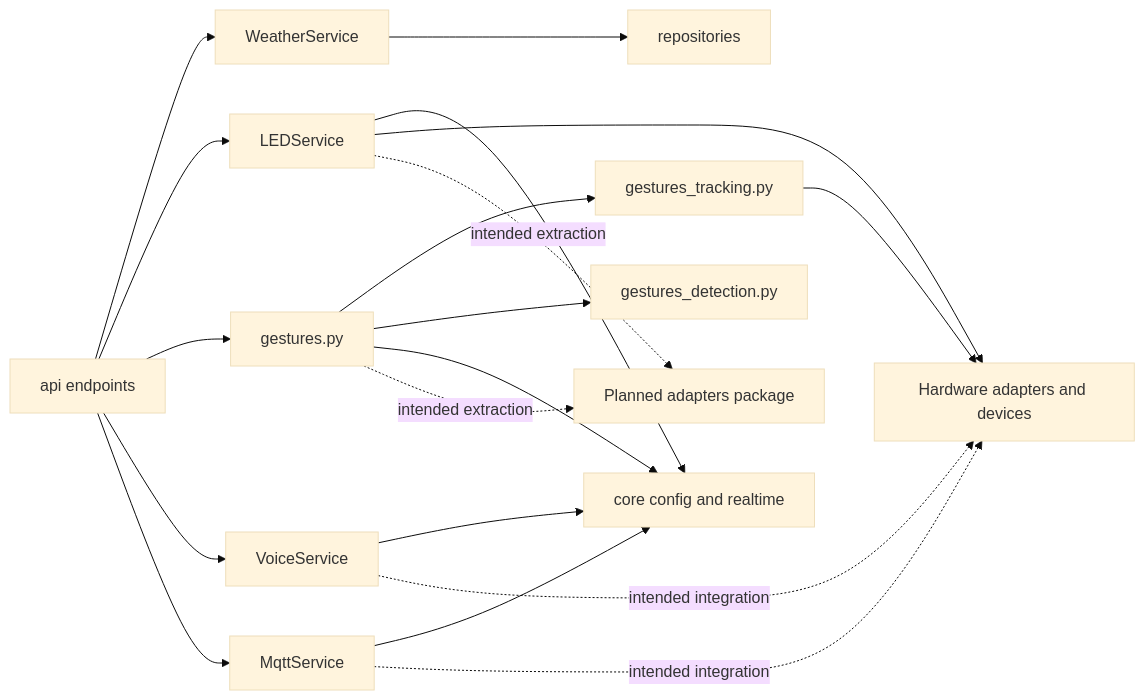
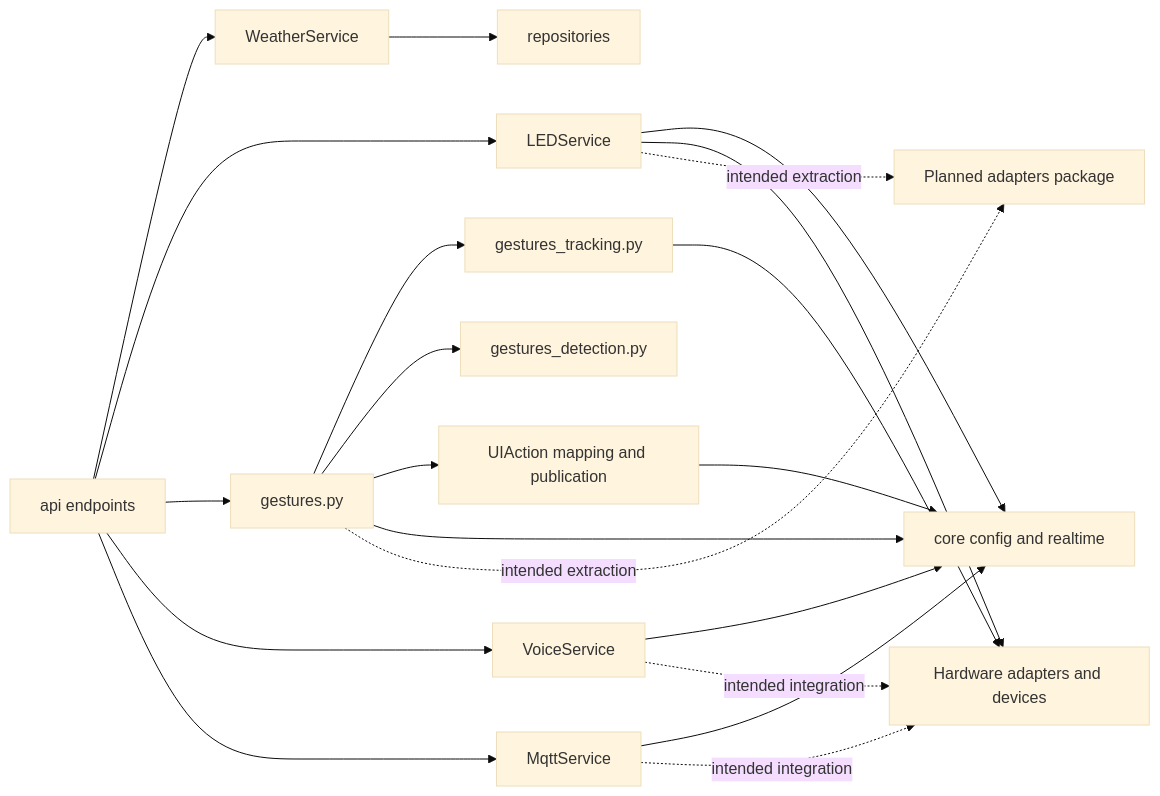
Before and after one commit to SebastianRieger/Software-Engineering: the diagram in Backend/src/services/serviceArch.md, drawn with Mermaid (base theme). The commit also changed other lines of this file and 30 other files, not shown here.

````diff
--- a/Backend/src/services/serviceArch.md
+++ b/Backend/src/services/serviceArch.md
@@ -43,34 +44,37 @@
 ```mermaid
 flowchart LR
     API[api endpoints]
     WeatherService[WeatherService]
     LedService[LEDService]
     GestureFacade[gestures.py]
     GestureTracking[gestures_tracking.py]
     GestureDetection[gestures_detection.py]
+    UIActions[UIAction mapping and publication]
     VoiceService[VoiceService]
     MqttService[MqttService]
     Repositories[repositories]
     Core[core config and realtime]
     Hardware[Hardware adapters and devices]
     PlannedAdapters[Planned adapters package]
 
     API --> WeatherService
     API --> LedService
     API --> GestureFacade
     API --> VoiceService
     API --> MqttService
     GestureFacade --> GestureTracking
     GestureFacade --> GestureDetection
+    GestureFacade --> UIActions
     WeatherService --> Repositories
     LedService --> Core
     GestureFacade --> Core
+    UIActions --> Core
     VoiceService --> Core
     MqttService --> Core
     LedService --> Hardware
     GestureTracking --> Hardware
     VoiceService -. intended integration .-> Hardware
     MqttService -. intended integration .-> Hardware
     LedService -. intended extraction .-> PlannedAdapters
     GestureFacade -. intended extraction .-> PlannedAdapters
 ```
````
